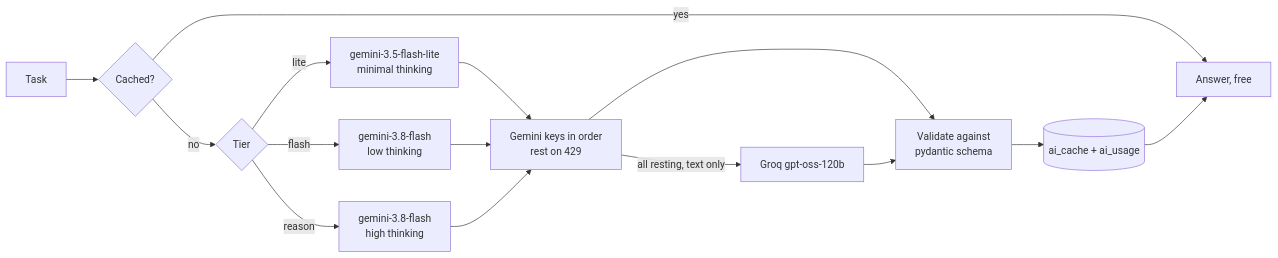
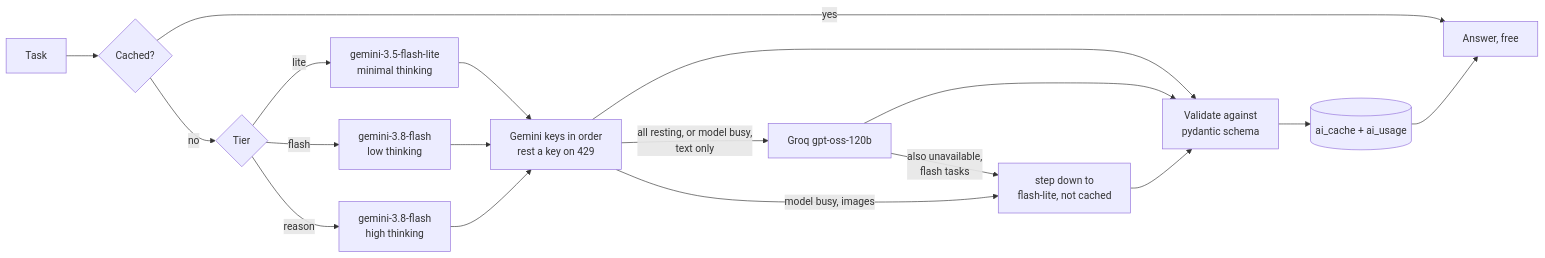
The third of 4 diagrams in docs/ARCHITECTURE.md (vatsal3512/finn), drawn with Mermaid before and after one commit. The commit also changed other lines of this file and 17 other files, not shown here.

````diff
--- a/docs/ARCHITECTURE.md
+++ b/docs/ARCHITECTURE.md
@@ -108,13 +133,17 @@
 ```mermaid
 flowchart LR
   T[Task] --> C{Cached?}
   C -- yes --> A[Answer, free]
   C -- no --> R{Tier}
   R -- lite --> L[gemini-3.5-flash-lite<br/>minimal thinking]
   R -- flash --> F[gemini-3.8-flash<br/>low thinking]
   R -- reason --> H[gemini-3.8-flash<br/>high thinking]
-  L & F & H --> K[Gemini keys in order<br/>rest on 429]
-  K -- all resting, text only --> G[Groq gpt-oss-120b]
+  L & F & H --> K[Gemini keys in order<br/>rest a key on 429]
+  K -- all resting, or model busy,<br/>text only --> G[Groq gpt-oss-120b]
+  G -- also unavailable,<br/>flash tasks --> D[step down to<br/>flash-lite, not cached]
+  K -- model busy, images --> D
   K --> V[Validate against<br/>pydantic schema]
-  G --> V --> S[(ai_cache + ai_usage)] --> A
+  G --> V
+  D --> V
+  V --> S[(ai_cache + ai_usage)] --> A
 ```
````
